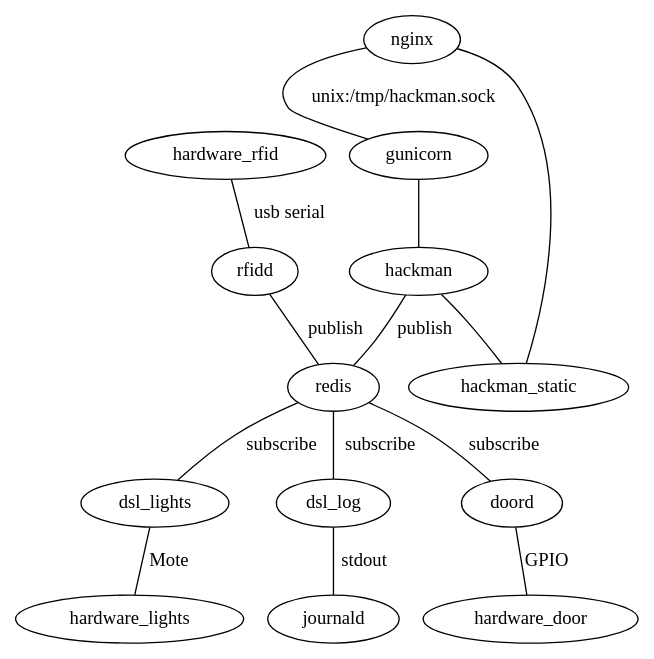
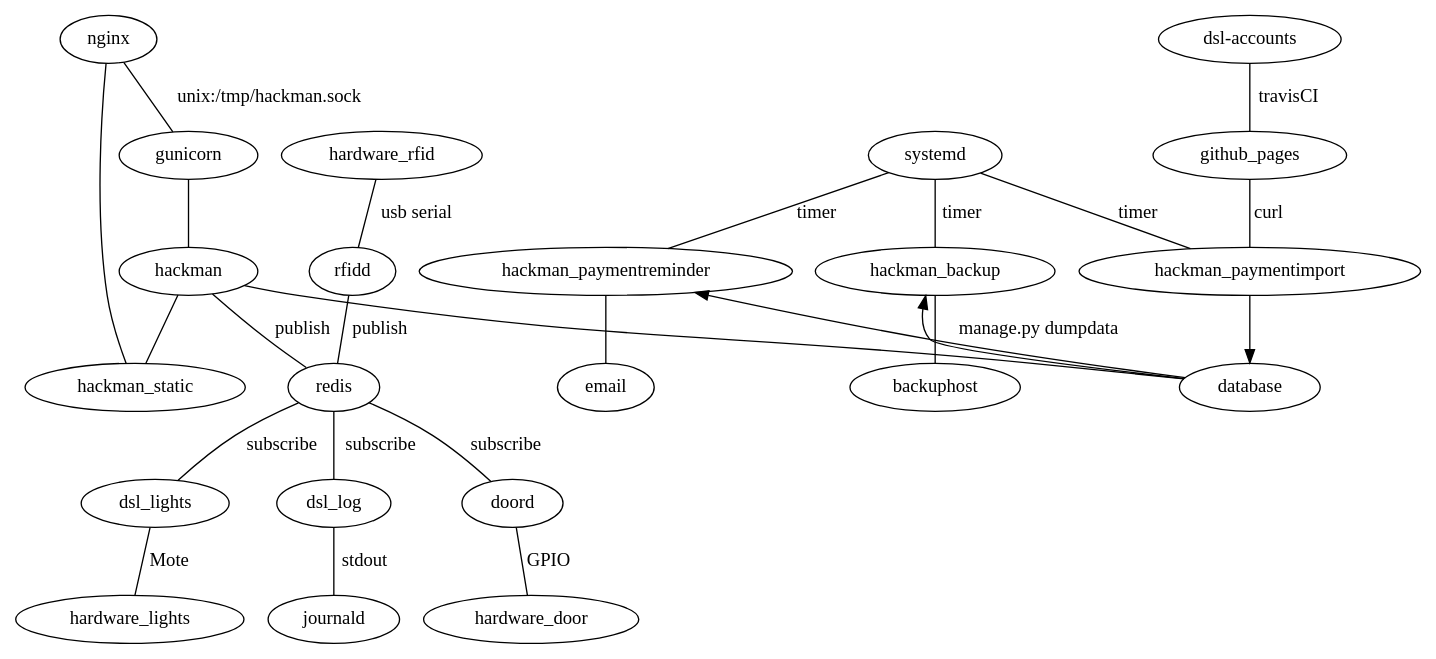
The diagram in docs/services.dot (dimsumlabs/hackman), drawn with Graphviz before and after one commit.

Commit message:
Add timer-based services as well

```diff
--- a/docs/services.dot
+++ b/docs/services.dot
@@ -1,38 +1,60 @@
 #
 # Show how the various services interact
 #
 
 graph g{
 
     nginx;
     gunicorn;
     hackman;
     redis;
     dsl_lights;
     dsl_log;
     rfidd;
     doord;
     hackman_static;
     hardware_lights;
     hardware_rfid;
     hardware_door;
 
     nginx -- gunicorn [label="unix:/tmp/hackman.sock"];
     nginx -- hackman_static;
 
     gunicorn -- hackman;
     hackman -- hackman_static; # only for development
     hackman -- redis [label="publish"];
+    hackman -- database [constraint=false];
 
     hardware_rfid -- rfidd [label="usb serial"];
     rfidd -- redis [label="publish"];
 
     redis -- doord [label="subscribe"];
     doord -- hardware_door [label="GPIO"];
 
     redis -- dsl_lights [label="subscribe"];
     dsl_lights -- hardware_lights [label="Mote"];
 
     redis -- dsl_log [label="subscribe"];
     dsl_log -- journald [label=stdout];
+
+    systemd;
+    hackman_backup;
+    hackman_paymentimport;
+    hackman_paymentreminder;
+    "dsl-accounts";
+    github_pages;
+
+    systemd -- hackman_paymentimport [label="timer"];
+    "dsl-accounts" -- github_pages [label="travisCI"];
+    github_pages -- hackman_paymentimport [label="curl"];
+    hackman_paymentimport -- database [dir=forward];
+
+    systemd -- hackman_backup [label="timer"];
+    hackman_backup -- backuphost [label="manage.py dumpdata"];
+    database -- hackman_backup [dir=forward constraint=false];
+
+    systemd -- hackman_paymentreminder [label="timer"];
+    hackman_paymentreminder -- email;
+    database -- hackman_paymentreminder [dir=forward constraint=false];
+
 }
```
